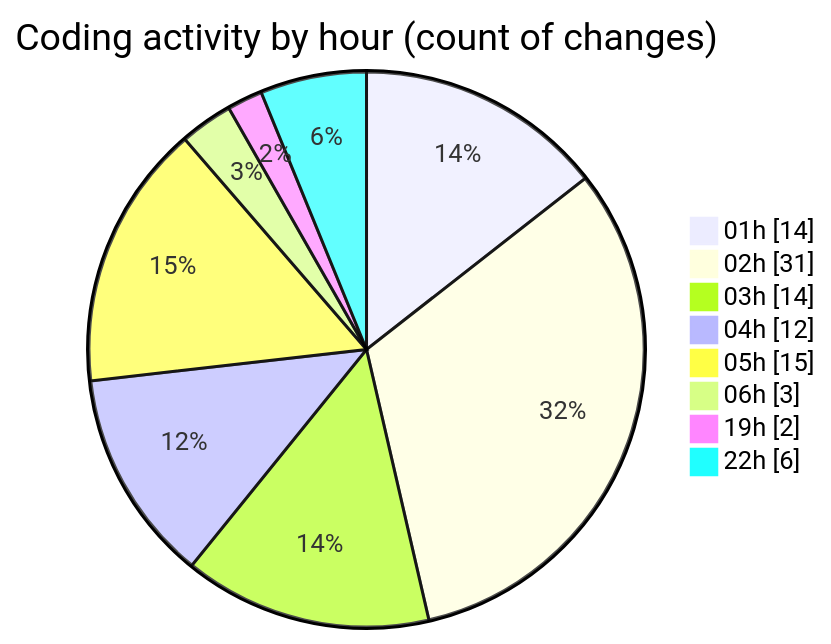
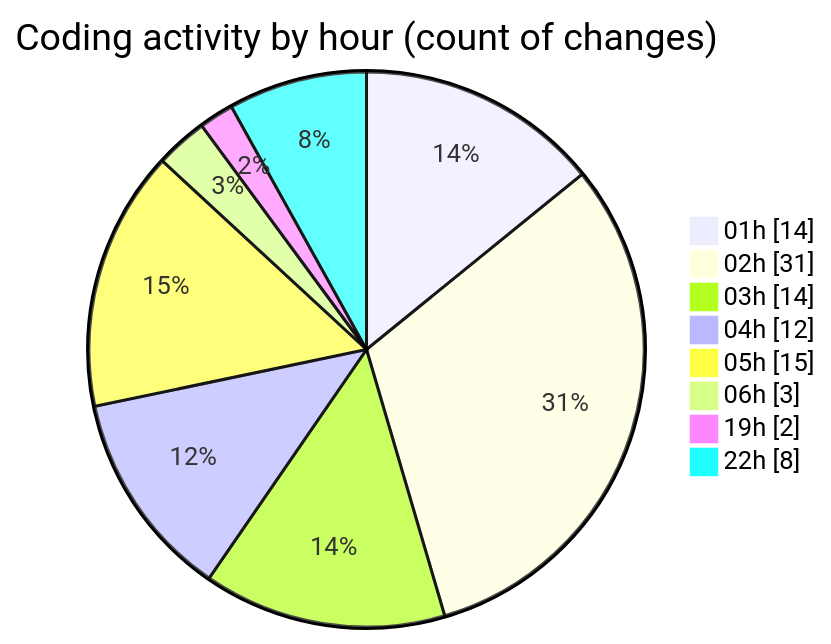
Before and after one commit to jrari/code-tracking: the second of 2 diagrams in 2025-07-13/telebot/README.md, drawn with Mermaid. The commit also changed other lines of this file and 1 other file, not shown here.

````diff
--- a/2025-07-13/telebot/README.md
+++ b/2025-07-13/telebot/README.md
@@ -70,12 +71,12 @@
 ```mermaid
 pie showData
 title Coding activity by hour (count of changes)
 "01h" : 14
 "02h" : 31
 "03h" : 14
 "04h" : 12
 "05h" : 15
 "06h" : 3
 "19h" : 2
-"22h" : 6
+"22h" : 8
 ```
````
